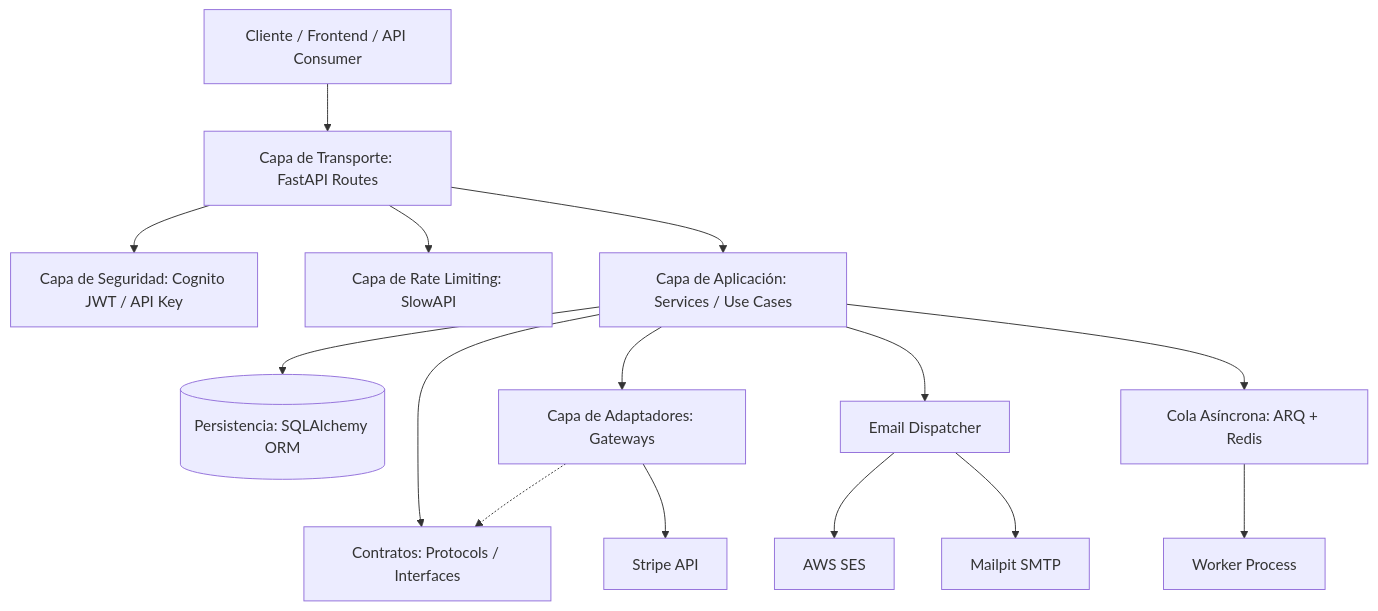
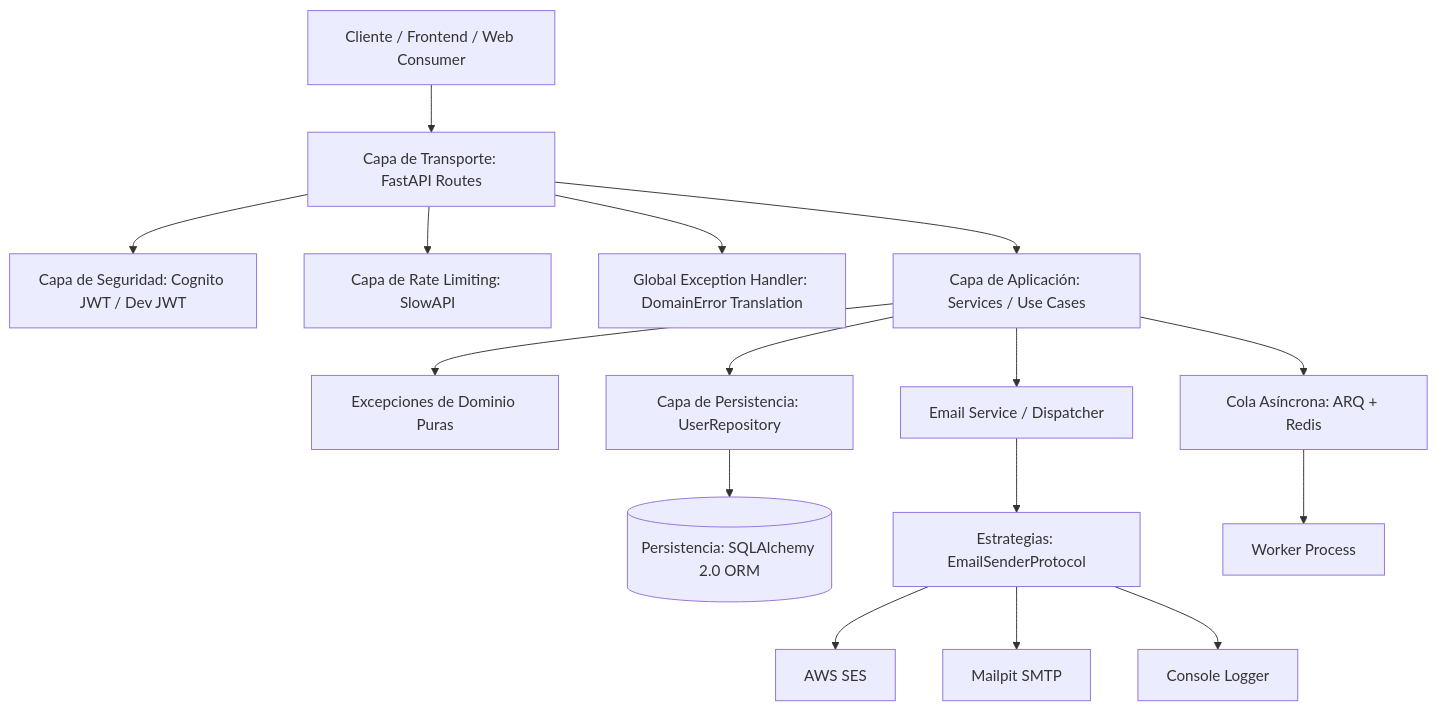
The diagram in ARCHITECTURE.md (ezequiel-dev93/fastapi-saas-boilerplate-free), drawn with Mermaid before and after one commit. The commit also changed other lines of this file and 33 other files, not shown here.

````diff
--- a/ARCHITECTURE.md
+++ b/ARCHITECTURE.md
@@ -11,18 +11,21 @@
 ```mermaid
 flowchart TD
-    Client[Cliente / Frontend / API Consumer] --> Transport[Capa de Transporte: FastAPI Routes]
-    Transport --> Auth[Capa de Seguridad: Cognito JWT / API Key]
+    Client[Cliente / Frontend / Web Consumer] --> Transport[Capa de Transporte: FastAPI Routes]
+    Transport --> Auth[Capa de Seguridad: Cognito JWT / Dev JWT]
     Transport --> RateLimit[Capa de Rate Limiting: SlowAPI]
+    Transport --> Exceptions[Global Exception Handler: DomainError Translation]
+    
     Transport --> Services[Capa de Aplicación: Services / Use Cases]
+    Services --> DomainExceptions[Excepciones de Dominio Puras]
+    Services --> Repositories[Capa de Persistencia: UserRepository]
+    Repositories --> DomainModels[(Persistencia: SQLAlchemy 2.0 ORM)]
     
-    Services --> DomainModels[(Persistencia: SQLAlchemy ORM)]
-    Services --> Gateways[Capa de Adaptadores: Gateways]
-    Services --> Protocols[Contratos: Protocols / Interfaces]
-    Gateways -.-> Protocols
-    Gateways --> ExternalStripe[Stripe API]
-    Services --> EmailSender[Email Dispatcher]
-    EmailSender --> SES[AWS SES]
-    EmailSender --> Mailpit[Mailpit SMTP]
+    Services --> EmailService[Email Service / Dispatcher]
+    EmailService --> EmailStrategy[Estrategias: EmailSenderProtocol]
+    EmailStrategy --> SES[AWS SES]
+    EmailStrategy --> Smtp[Mailpit SMTP]
+    EmailStrategy --> Console[Console Logger]
+    
     Services --> Queue[Cola Asíncrona: ARQ + Redis]
     Queue --> Worker[Worker Process]
 ```
````
